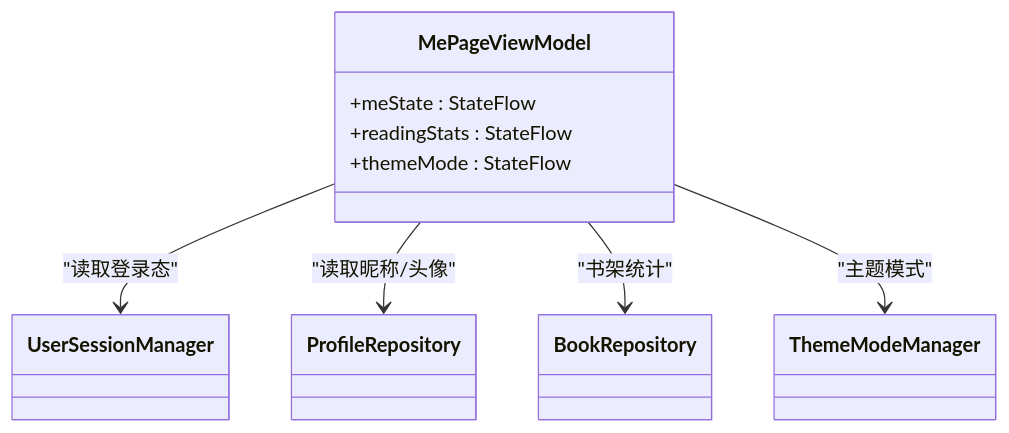
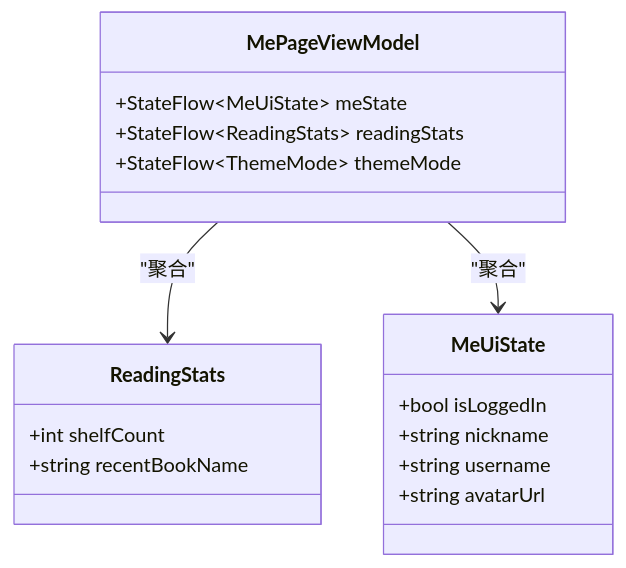
The fourth of 8 diagrams in .qoder/repowiki/zh/content/核心模块/个人中心模块 (module_me)/个人中心模块 (module_me).md (xrn1997/android-ebook), drawn with Mermaid before and after one commit. The commit also changed other lines of this file and 456 other files, not shown here.

````diff
--- a/.qoder/repowiki/zh/content/核心模块/个人中心模块 (module_me)/个人中心模块 (module_me).md
+++ b/.qoder/repowiki/zh/content/核心模块/个人中心模块 (module_me)/个人中心模块 (module_me).md
@@ -161,17 +228,20 @@
 ```mermaid
 classDiagram
-  class MePageViewModel {
-    +meState : StateFlow
-    +readingStats : StateFlow
-    +themeMode : StateFlow
-  }
-  class UserSessionManager
-  class ProfileRepository
-  class BookRepository
-  class ThemeModeManager
-
-  MePageViewModel --> UserSessionManager : "读取登录态"
-  MePageViewModel --> ProfileRepository : "读取昵称/头像"
-  MePageViewModel --> BookRepository : "书架统计"
-  MePageViewModel --> ThemeModeManager : "主题模式"
+    class ReadingStats {
+        +int shelfCount
+        +string recentBookName
+    }
+    class MeUiState {
+        +bool isLoggedIn
+        +string nickname
+        +string username
+        +string avatarUrl
+    }
+    class MePageViewModel {
+        +StateFlow~MeUiState~ meState
+        +StateFlow~ReadingStats~ readingStats
+        +StateFlow~ThemeMode~ themeMode
+    }
+    MePageViewModel --> ReadingStats : "聚合"
+    MePageViewModel --> MeUiState : "聚合"
 ```
````
